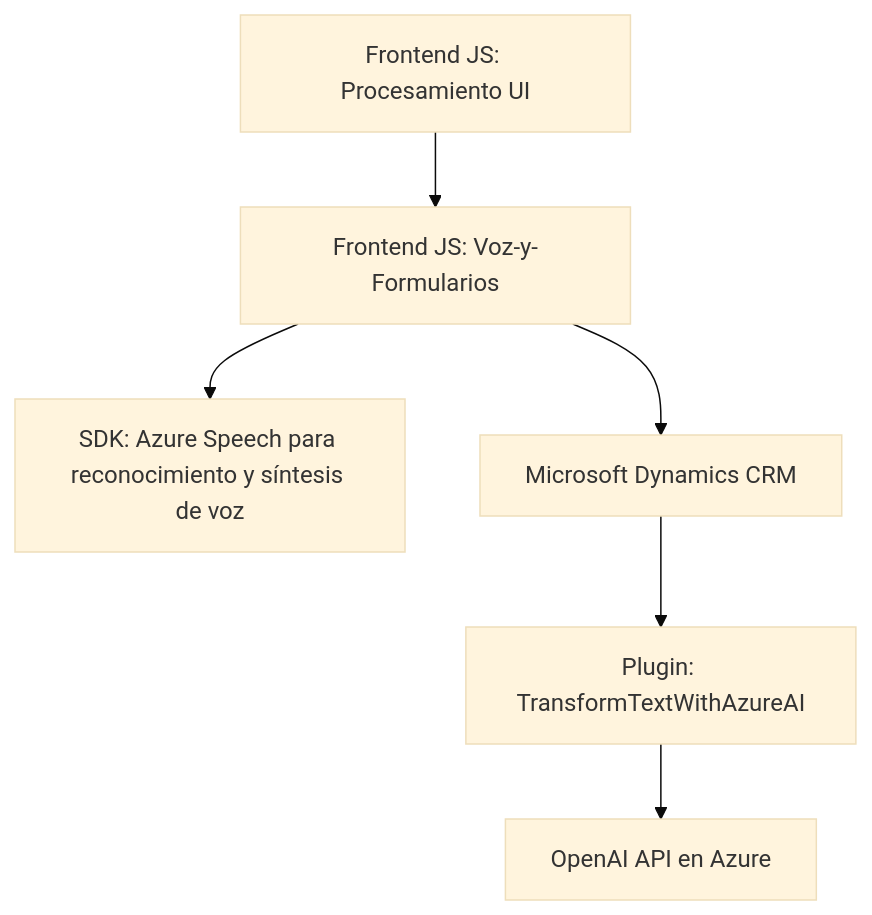
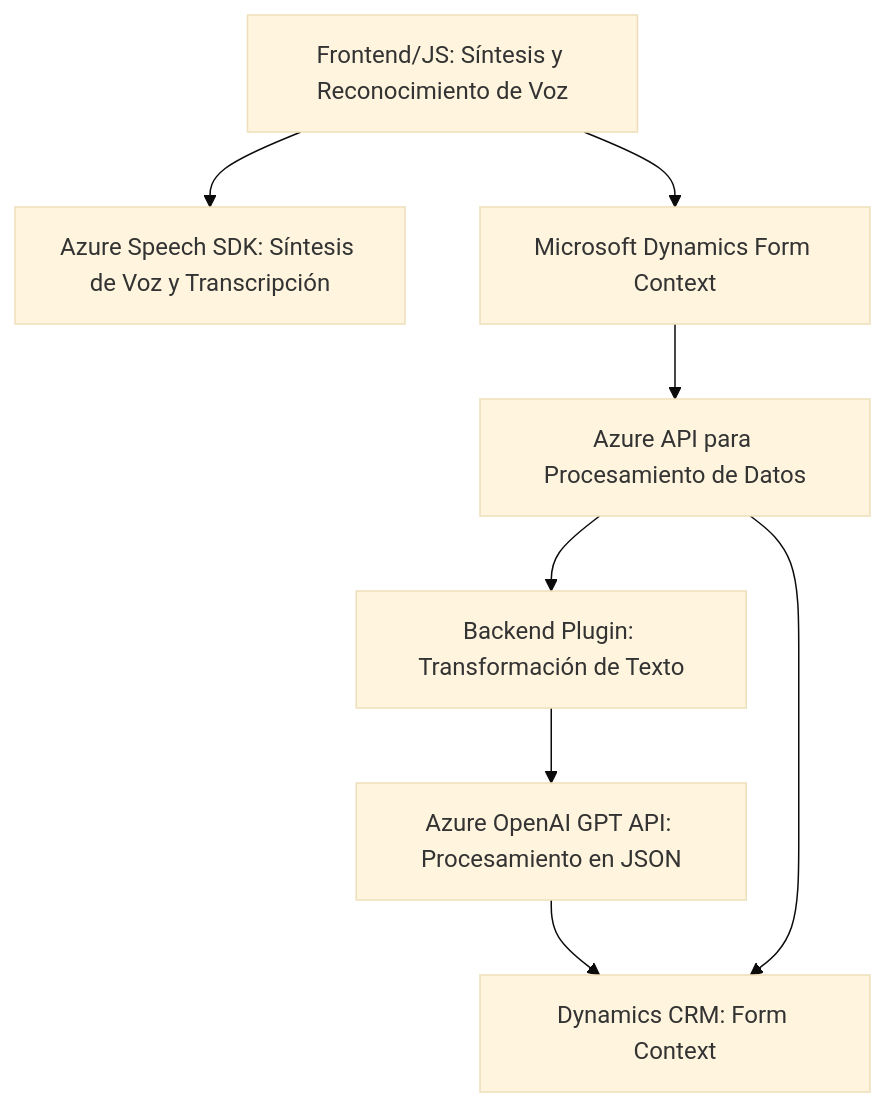
Before and after one commit to blopezdm/NETCORE_BILBAO2025: the diagram in README.md, drawn with Mermaid (base theme). The commit also changed other lines of this file, not shown here.

````diff
--- a/README.md
+++ b/README.md
@@ -41,15 +48,10 @@
 ```mermaid
 graph TD
-    A["Frontend JS: Procesamiento UI"]
-    B["Frontend JS: Voz-y-Formularios"]
-    C["SDK: Azure Speech para reconocimiento y síntesis de voz"]
-    D["Microsoft Dynamics CRM"]
-    E["Plugin: TransformTextWithAzureAI"]
-    F["OpenAI API en Azure"]
-
-    A --> B
-    B --> C
-    B --> D
-    D --> E
-    E --> F
+    A["Frontend/JS: Síntesis y Reconocimiento de Voz"] --> B["Azure Speech SDK: Síntesis de Voz y Transcripción"]
+    A --> C["Microsoft Dynamics Form Context"]
+    C --> D["Azure API para Procesamiento de Datos"]
+    D --> E["Backend Plugin: Transformación de Texto"]
+    E --> F["Azure OpenAI GPT API: Procesamiento en JSON"]
+    F --> G["Dynamics CRM: Actualización de Campos"]
+    D --> G["Dynamics CRM: Form Context"]
 ```
````
